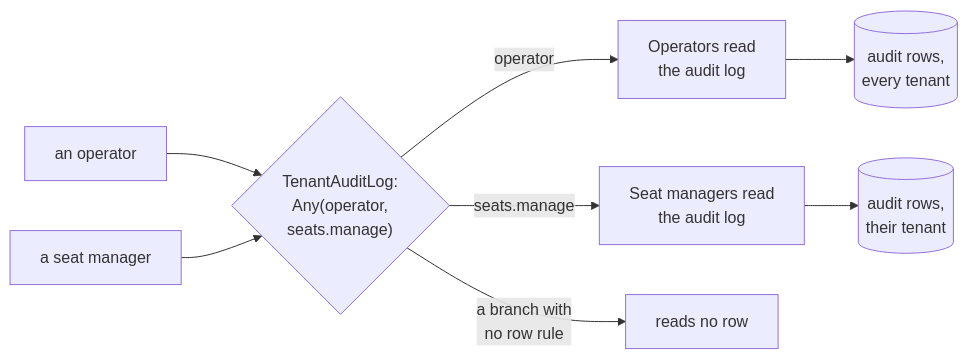
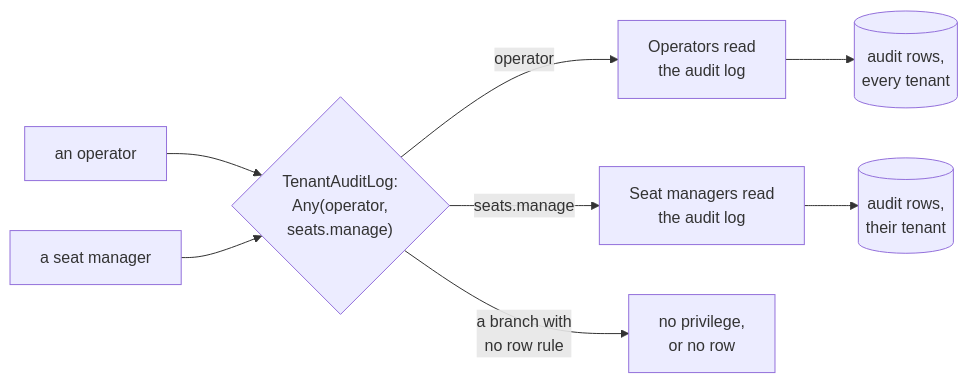
One commit to DylanSnel/DDDToolkit changed the fifth of 8 diagrams in docs/access-requirements.md. Above: the diagram before and after it, drawn with Mermaid. The commit also changed other lines of this file and 17 other files, not shown here.

````diff
--- a/docs/access-requirements.md
+++ b/docs/access-requirements.md
@@ -661,10 +661,10 @@
 ```mermaid
 flowchart LR
     Operator["an operator"] --> Door{"TenantAuditLog:<br/>Any(operator,<br/>seats.manage)"}
     Manager["a seat manager"] --> Door
     Door -- "operator" --> OperatorRule["Operators read<br/>the audit log"]
     Door -- "seats.manage" --> ManagerRule["Seat managers read<br/>the audit log"]
     OperatorRule --> Rows[("audit rows,<br/>every tenant")]
     ManagerRule --> Own[("audit rows,<br/>their tenant")]
-    Door -- "a branch with<br/>no row rule" --> None["reads no row"]
+    Door -- "a branch with<br/>no row rule" --> None["no privilege,<br/>or no row"]
 ```
````
